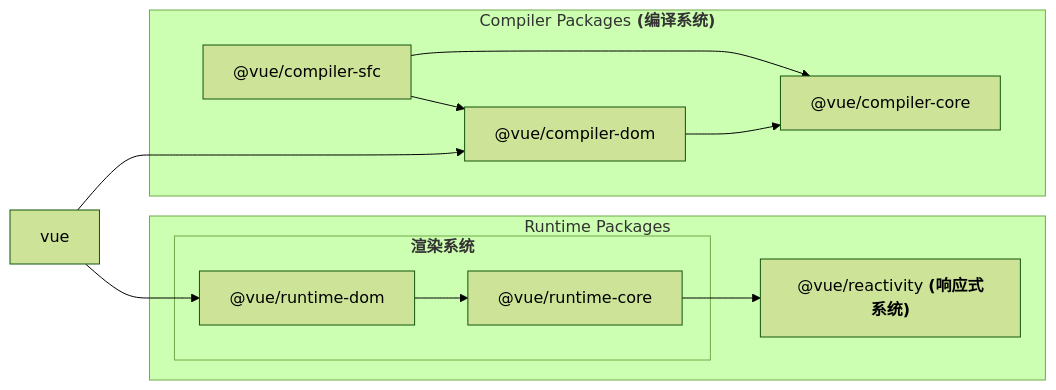
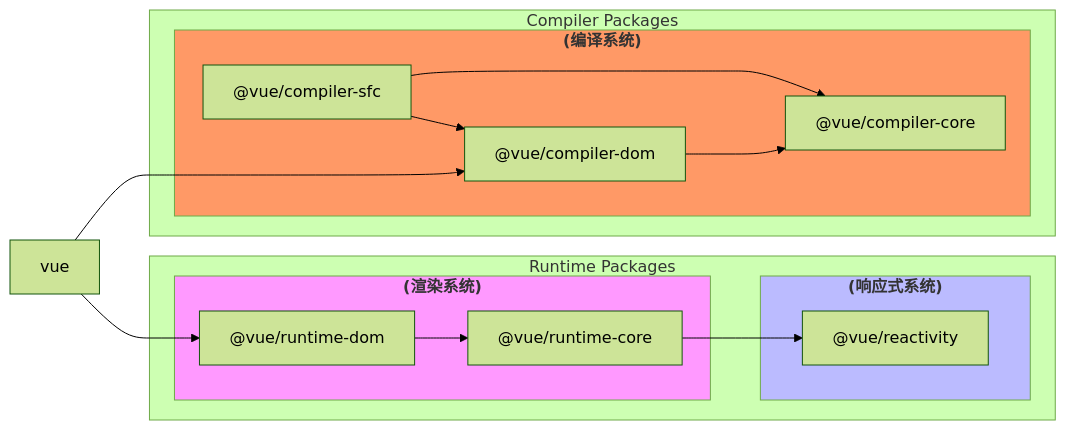
Before and after one commit to s-elo/vue3-reading: the diagram in src/prepare/start.md, drawn with Mermaid (forest theme). The commit also changed other lines of this file and 2 other files, not shown here.

Commit message:
docs: add vue3 package relations

````diff
--- a/src/prepare/start.md
+++ b/src/prepare/start.md
@@ -52,27 +52,41 @@
 ```mermaid
   %%{init: {"flowchart": {"htmlLabels": false}} }%%
   flowchart LR
     compiler-sfc["@vue/compiler-sfc"]
     compiler-dom["@vue/compiler-dom"]
     compiler-core["@vue/compiler-core"]
     vue["vue"]
     runtime-dom["@vue/runtime-dom"]
     runtime-core["@vue/runtime-core"]
-    reactivity["`@vue/reactivity **(响应式系统)**`"]
-
-    subgraph "Runtime Packages"
-      subgraph "`**渲染系统**`"
-        runtime-dom --> runtime-core
+    reactivity["@vue/reactivity"]
+  
+    subgraph Runtime ["Runtime Packages"]
+      runtime-dom --> runtime-core
+      runtime-core --> reactivity
+      subgraph Renderer ["`**(渲染系统)**`"]
+        runtime-dom
+        runtime-core
       end
-      runtime-core --> reactivity
+      subgraph Reactivity ["`**(响应式系统)**`"]
+        reactivity
+      end
     end
 
-    subgraph "`Compiler Packages **(编译系统)**`"
+    subgraph Compiler ["Compiler Packages"]
       compiler-sfc --> compiler-core
       compiler-sfc --> compiler-dom
       compiler-dom --> compiler-core
+      subgraph CompilerSys ["`**(编译系统)**`"]
+        compiler-sfc
+        compiler-dom
+        compiler-core
+      end
     end
 
     vue ---> compiler-dom
     vue --> runtime-dom
+
+    style Renderer fill:#f9f
+    style CompilerSys fill:#f96
+    style Reactivity fill:#bbf
 ```
````
